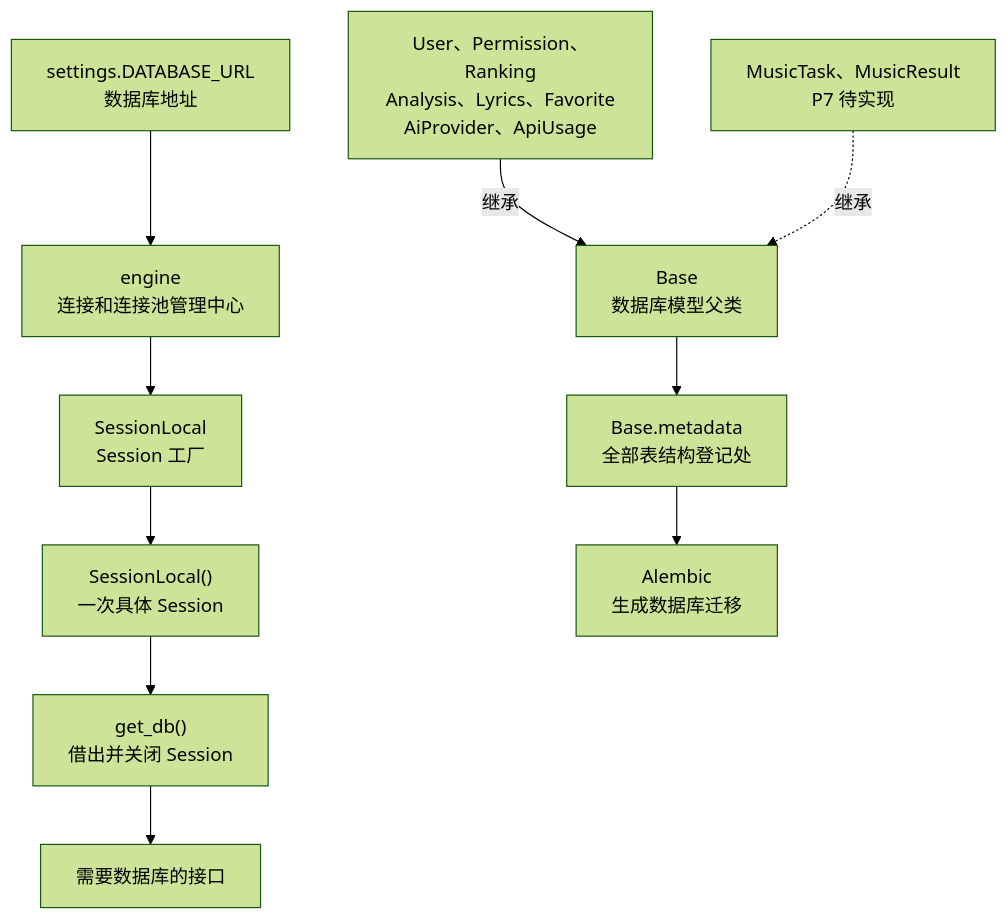
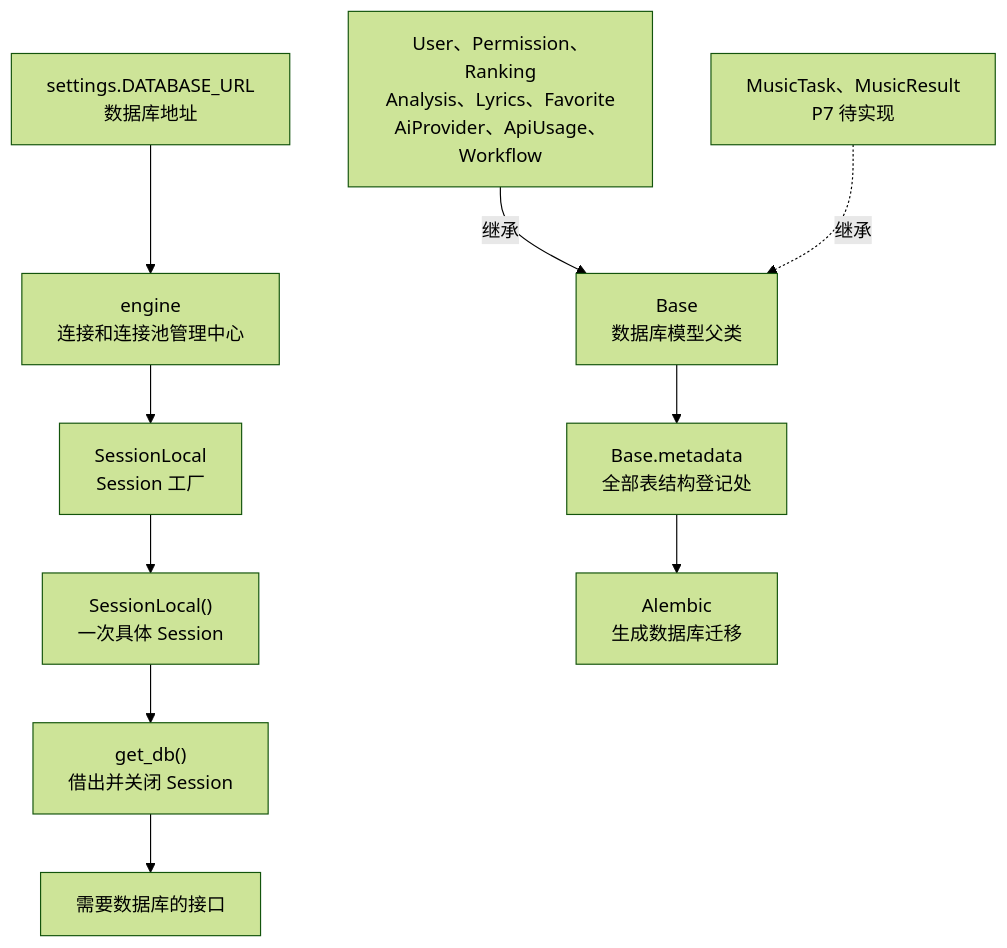
Before and after one commit to sunjiaxing520/SunJX: the sixth of 10 diagrams in projects/blue-music-platform/项目知识图谱.md, drawn with Mermaid (forest theme). The commit also changed other lines of this file and 30 other files, not shown here.

````diff
--- a/projects/blue-music-platform/项目知识图谱.md
+++ b/projects/blue-music-platform/项目知识图谱.md
@@ -151,24 +154,24 @@
 ```mermaid
 flowchart TD
     URL["settings.DATABASE_URL<br/>数据库地址"]
     Engine["engine<br/>连接和连接池管理中心"]
     Factory["SessionLocal<br/>Session 工厂"]
     Session["SessionLocal()<br/>一次具体 Session"]
     GetDB["get_db()<br/>借出并关闭 Session"]
     Route["需要数据库的接口"]
     Base["Base<br/>数据库模型父类"]
     Metadata["Base.metadata<br/>全部表结构登记处"]
-    CurrentModels["User、Permission、Ranking<br/>Analysis、Lyrics、Favorite<br/>AiProvider、ApiUsage"]
+    CurrentModels["User、Permission、Ranking<br/>Analysis、Lyrics、Favorite<br/>AiProvider、ApiUsage、Workflow"]
     FutureModels["MusicTask、MusicResult<br/>P7 待实现"]
     Alembic["Alembic<br/>生成数据库迁移"]
 
     URL --> Engine
     Engine --> Factory
     Factory --> Session
     Session --> GetDB
     GetDB --> Route
     Base --> Metadata
     CurrentModels -->|继承| Base
     FutureModels -.->|继承| Base
     Metadata --> Alembic
 ```
````
